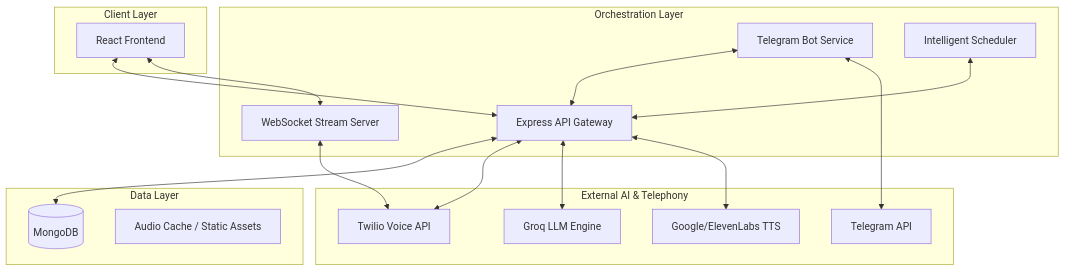
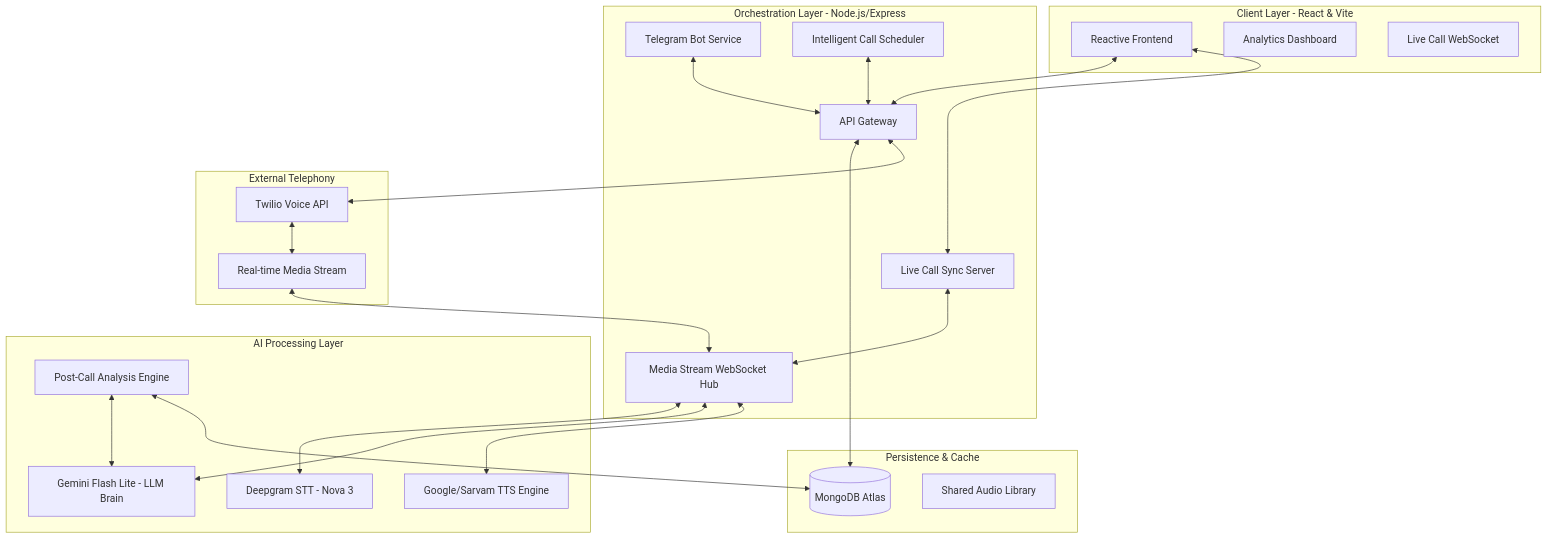
One commit to AbhigyanRaj/Voicely changed the diagram in README.md. Above: the diagram before and after it, drawn with Mermaid.

Commit message:
docs: Update HDL diagram with detailed system architecture

````diff
--- a/README.md
+++ b/README.md
@@ -13,36 +13,53 @@
 ```mermaid
 graph TD
-    subgraph Client_Layer [Client Layer]
-        FE[React Frontend]
+    subgraph Client_Layer [Client Layer - React & Vite]
+        FE[Reactive Frontend]
+        DASH[Analytics Dashboard]
+        WS_FE[Live Call WebSocket]
     end
 
-    subgraph Orchestration_Layer [Orchestration Layer]
-        API[Express API Gateway]
-        WS[WebSocket Stream Server]
+    subgraph Orchestration_Layer [Orchestration Layer - Node.js/Express]
+        API[API Gateway]
+        MEDIA_WS[Media Stream WebSocket Hub]
+        LIVE_WS[Live Call Sync Server]
         BOT[Telegram Bot Service]
-        SCHED[Intelligent Scheduler]
+        SCHED[Intelligent Call Scheduler]
     end
 
-    subgraph Data_Layer [Data Layer]
-        DB[(MongoDB)]
-        CACHE[Audio Cache / Static Assets]
+    subgraph AI_Brain_Layer [AI Processing Layer]
+        STT[Deepgram STT - Nova 3]
+        GEMINI[Gemini Flash Lite - LLM Brain]
+        TTS[Google/Sarvam TTS Engine]
+        ANALYTICS[Post-Call Analysis Engine]
     end
 
-    subgraph External_Services [External AI & Telephony]
-        TW[Twilio Voice API]
-        GQ[Groq LLM Engine]
-        TF[Telegram API]
-        TTS[Google/ElevenLabs TTS]
+    subgraph Data_Layer [Persistence & Cache]
+        DB[(MongoDB Atlas)]
+        CACHE[Shared Audio Library]
     end
 
+    subgraph Telephony_Layer [External Telephony]
+        TW[Twilio Voice API]
+        STREAM[Real-time Media Stream]
+    end
+
+    %% Flow Connections
     FE <--> API
-    FE <--> WS
+    FE <--> LIVE_WS
     API <--> DB
     API <--> TW
-    API <--> GQ
-    API <--> TTS
-    WS <--> TW
+    
+    TW <--> STREAM
+    STREAM <--> MEDIA_WS
+    
+    MEDIA_WS <--> STT
+    MEDIA_WS <--> GEMINI
+    MEDIA_WS <--> TTS
+    
+    LIVE_WS <--> MEDIA_WS
+    ANALYTICS <--> GEMINI
+    ANALYTICS <--> DB
+    
     BOT <--> API
-    BOT <--> TF
     SCHED <--> API
 ```
````
